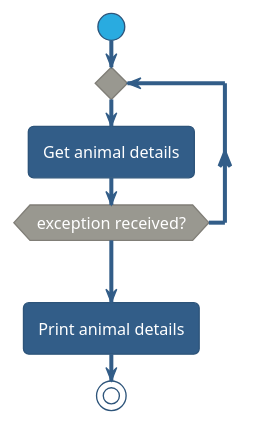
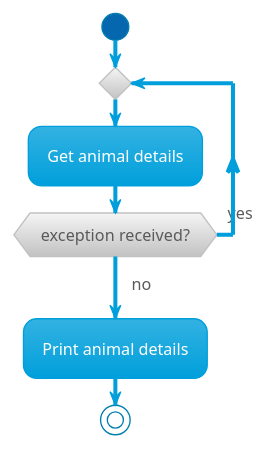
The diagram in design/retryforever.pu (jacobduijzer/ResilienceWithPollyDemo), drawn with PlantUML before and after one commit.

```diff
--- a/design/retryforever.pu
+++ b/design/retryforever.pu
@@ -1,13 +1,13 @@
 @startuml
 
-!theme sandstone
+!theme bluegray
 
 start
 repeat
 	:Get animal details;
 repeat while (exception received?) is (yes)
 ->no;
 :Print animal details;
 stop
 
 @enduml
```
